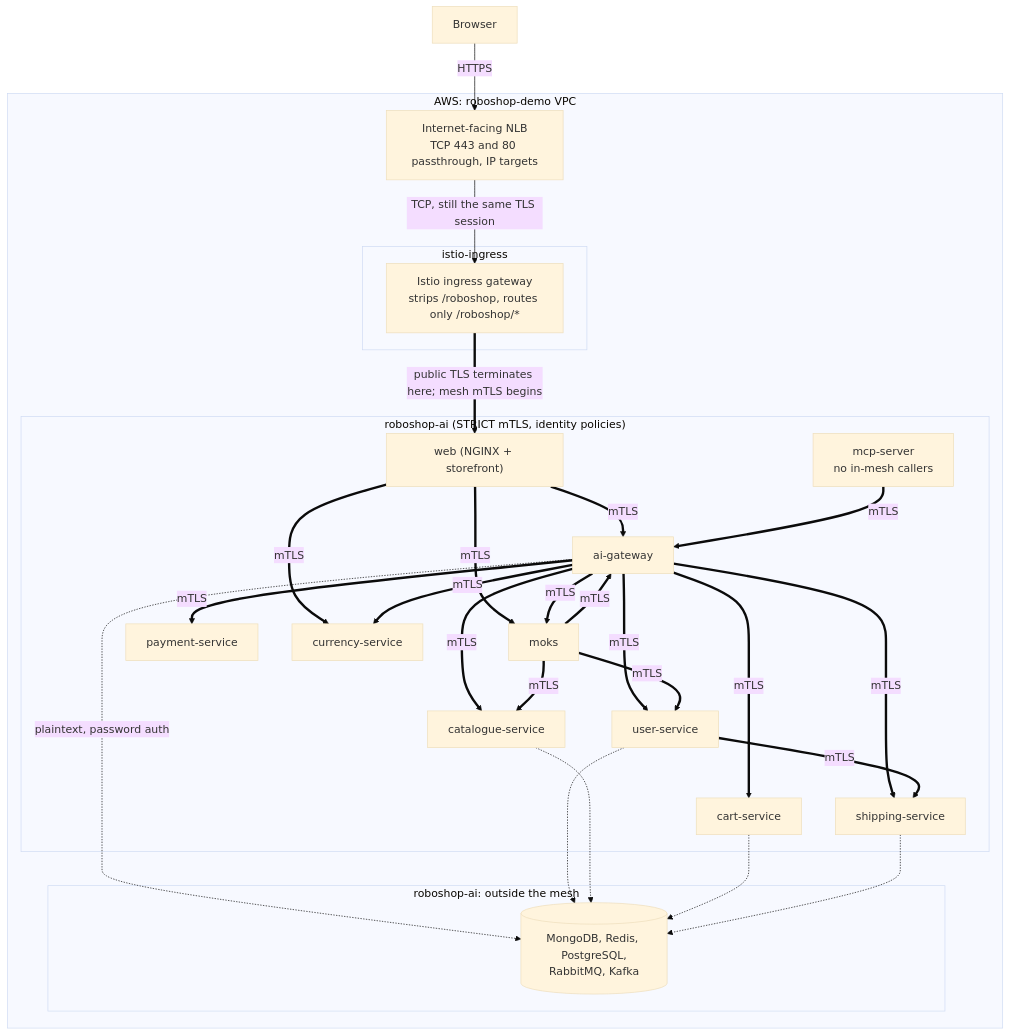
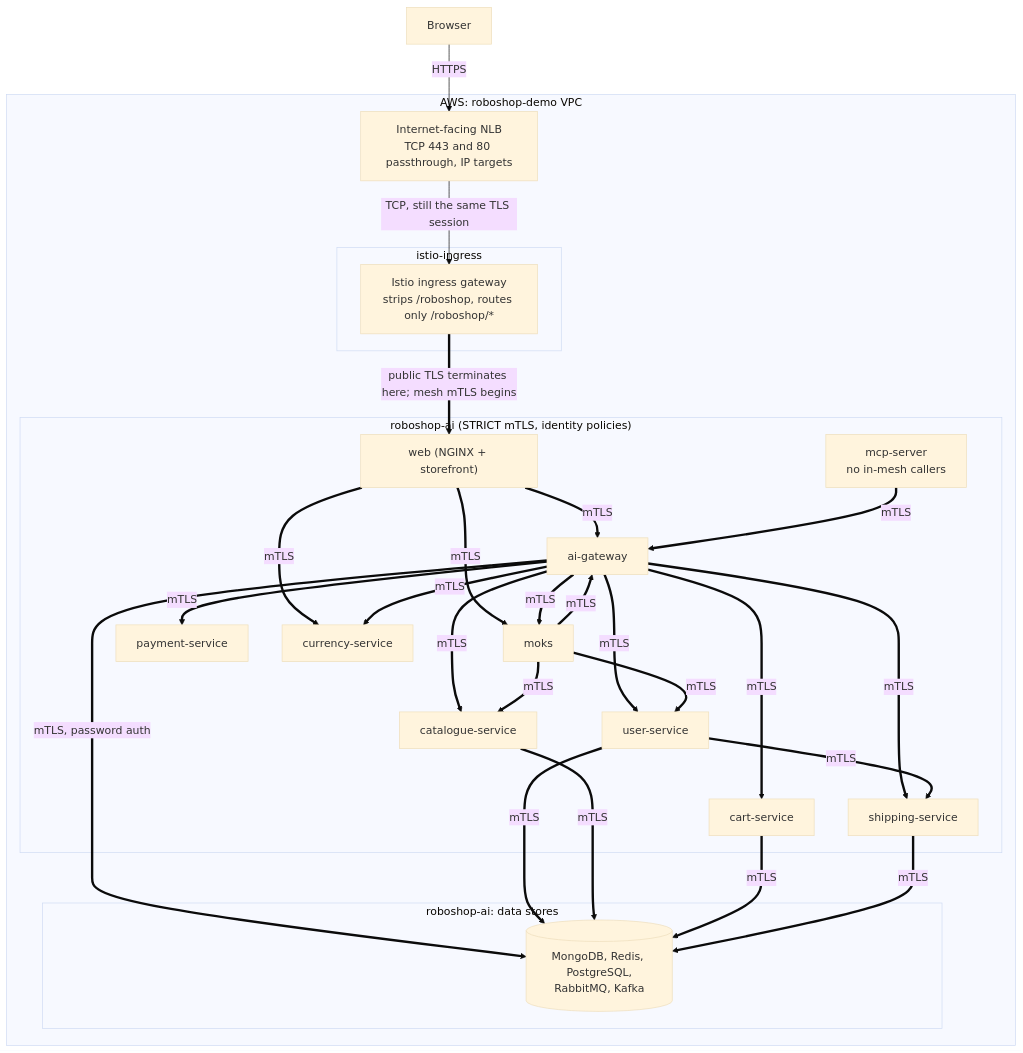
One commit to mrjithendar/tools changed the diagram in eks/diagrams/roboshop-ingress.mmd. Above: the diagram before and after it, drawn with Mermaid (base theme). The commit also changed 18 other files, not shown here.

```diff
--- a/eks/diagrams/roboshop-ingress.mmd
+++ b/eks/diagrams/roboshop-ingress.mmd
@@ -1,53 +1,53 @@
 %% RoboShop on EKS: where public TLS terminates and where mesh mTLS begins.
 %% Edit here, then copy it into eks/README.md, which GitHub renders; a test keeps the two equal.
 flowchart TD
   browser["Browser"]
 
   subgraph aws["AWS: roboshop-demo VPC"]
     nlb["Internet-facing NLB<br/>TCP 443 and 80 passthrough, IP targets"]
 
     subgraph ingress["istio-ingress"]
       gateway["Istio ingress gateway<br/>strips /roboshop, routes only /roboshop/*"]
     end
 
     subgraph ns["roboshop-ai (STRICT mTLS, identity policies)"]
       web["web (NGINX + storefront)"]
       aigw["ai-gateway"]
       moks["moks"]
       mcp["mcp-server<br/>no in-mesh callers"]
       user["user-service"]
       catalogue["catalogue-service"]
       cart["cart-service"]
       payment["payment-service"]
       shipping["shipping-service"]
       currency["currency-service"]
     end
 
-    subgraph data["roboshop-ai: outside the mesh"]
+    subgraph data["roboshop-ai: data stores"]
       stores[("MongoDB, Redis, PostgreSQL,<br/>RabbitMQ, Kafka")]
     end
   end
 
   browser -- "HTTPS" --> nlb
   nlb -- "TCP, still the same TLS session" --> gateway
   gateway == "public TLS terminates here; mesh mTLS begins" ==> web
   web == mTLS ==> aigw
   web == mTLS ==> moks
   web == mTLS ==> currency
   aigw == mTLS ==> user
   aigw == mTLS ==> catalogue
   aigw == mTLS ==> cart
   aigw == mTLS ==> payment
   aigw == mTLS ==> shipping
   aigw == mTLS ==> currency
   aigw == mTLS ==> moks
   moks == mTLS ==> aigw
   moks == mTLS ==> catalogue
   moks == mTLS ==> user
   user == mTLS ==> shipping
   mcp == mTLS ==> aigw
-  aigw -. "plaintext, password auth" .-> stores
-  user -.-> stores
-  catalogue -.-> stores
-  cart -.-> stores
-  shipping -.-> stores
+  aigw == "mTLS, password auth" ==> stores
+  user == mTLS ==> stores
+  catalogue == mTLS ==> stores
+  cart == mTLS ==> stores
+  shipping == mTLS ==> stores
```
